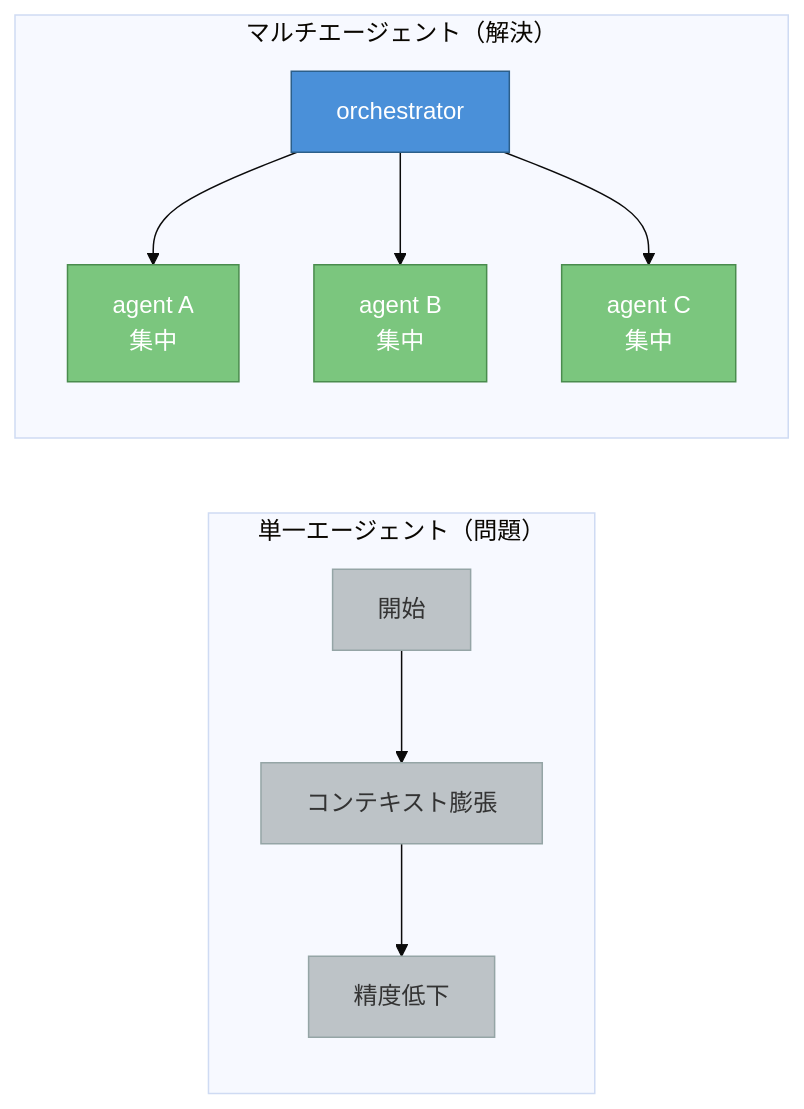
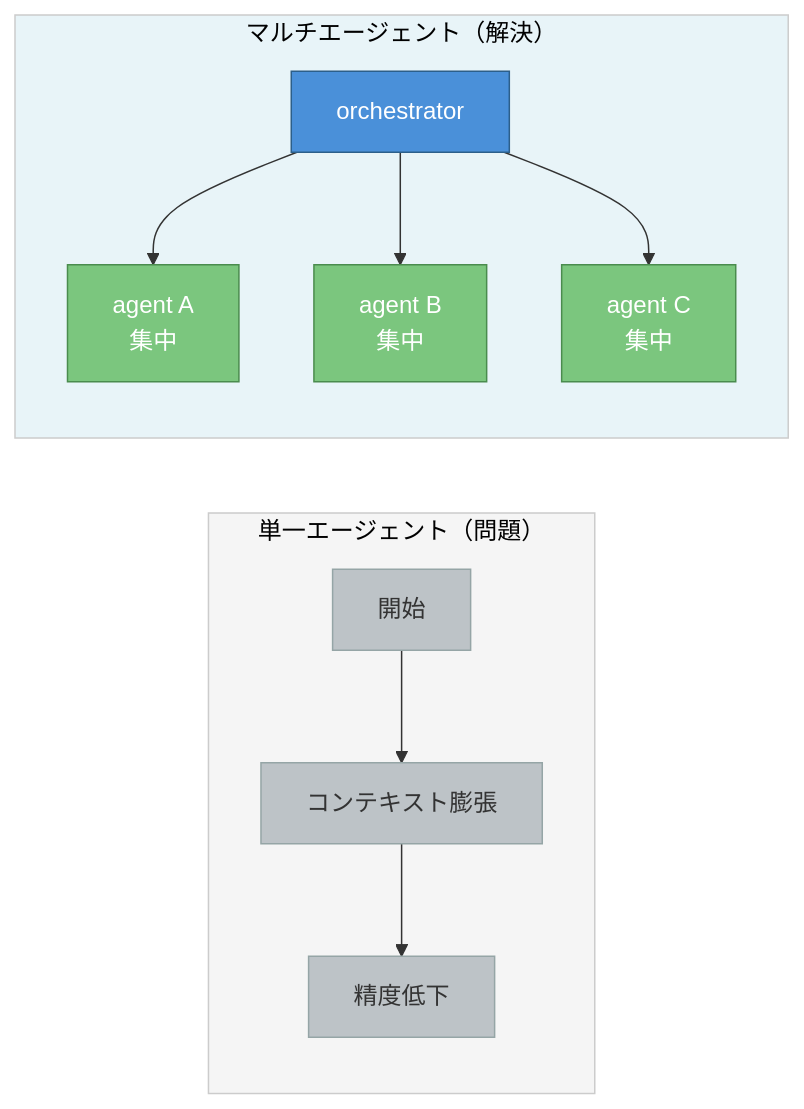
Before and after one commit to i9wa4/i9wa4.github.io: the first of 5 diagrams in slides/2026-03-04-multi-agent-orchestration.qmd, drawn with Mermaid. The commit also changed other lines of this file, not shown here.

````diff
--- a/slides/2026-03-04-multi-agent-orchestration.qmd
+++ b/slides/2026-03-04-multi-agent-orchestration.qmd
@@ -93,18 +105,19 @@
 ```{mermaid}
-%%{init: {'theme': 'base'}}%%
 graph LR
   subgraph SA["単一エージェント（問題）"]
     A1["開始"] --> A2["コンテキスト膨張"] --> A3["精度低下"]
   end
   subgraph MA["マルチエージェント（解決）"]
     B0["orchestrator"] --> B1["agent A<br/>集中"]
     B0 --> B2["agent B<br/>集中"]
     B0 --> B3["agent C<br/>集中"]
   end
   classDef defClass    fill:#BDC3C7,color:#333,stroke:#95A5A6
   classDef orchClass   fill:#4A90D9,color:#fff,stroke:#2C5F8A
   classDef workerClass fill:#7BC67E,color:#fff,stroke:#4A8C4E
   class A1,A2,A3 defClass
   class B0 orchClass
   class B1,B2,B3 workerClass
+  style SA fill:#f5f5f5,stroke:#ccc,color:#000
+  style MA fill:#e8f4f8,stroke:#ccc,color:#000
 ```
````
